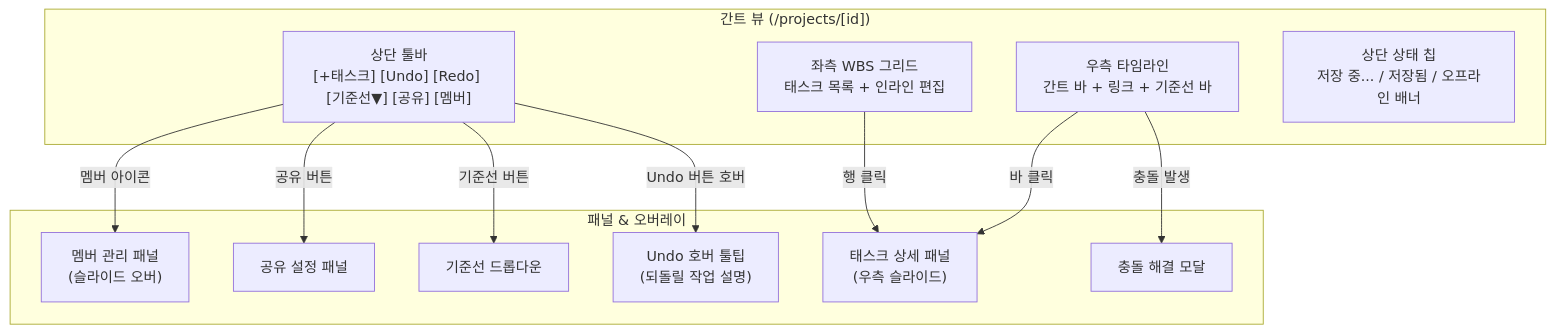
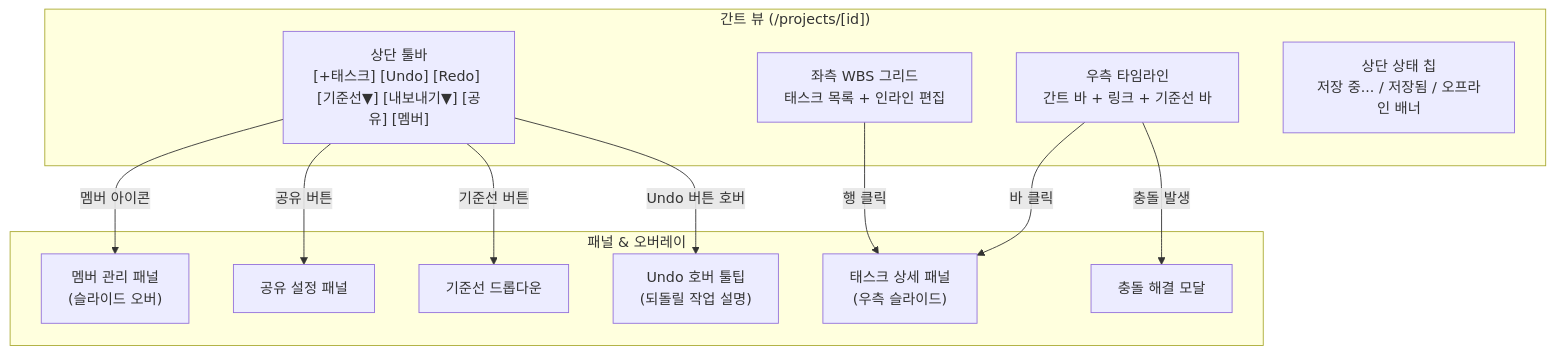
Diagram 13 of 13 in docs/02-설계/01-UX-설계/01-화면흐름도.md (seengood/zero-pm), drawn with Mermaid before and after one commit. The commit also changed other lines of this file and 2 other files, not shown here.

First line of the commit message:
docs(ux): 화면흐름도 Flow 10·11 추가 및 참조 링크 정합성 보정

````diff
--- a/docs/02-설계/01-UX-설계/01-화면흐름도.md
+++ b/docs/02-설계/01-UX-설계/01-화면흐름도.md
@@ -226,26 +263,26 @@
 ```mermaid
 graph TD
     subgraph GanttView["간트 뷰 (/projects/[id])"]
-        Toolbar["상단 툴바\n[+태스크] [Undo] [Redo] [기준선▼] [공유] [멤버]"]
+        Toolbar["상단 툴바\n[+태스크] [Undo] [Redo] [기준선▼] [내보내기▼] [공유] [멤버]"]
         WBS["좌측 WBS 그리드\n태스크 목록 + 인라인 편집"]
         Timeline["우측 타임라인\n간트 바 + 링크 + 기준선 바"]
         StatusBar["상단 상태 칩\n저장 중... / 저장됨 / 오프라인 배너"]
     end
 
     subgraph Overlays["패널 & 오버레이"]
         TaskPanel["태스크 상세 패널\n(우측 슬라이드)"]
         MemberPanel["멤버 관리 패널\n(슬라이드 오버)"]
         SharePanel["공유 설정 패널"]
         BaselineDD["기준선 드롭다운"]
         ConflictModal["충돌 해결 모달"]
         UndoTooltip["Undo 호버 툴팁\n(되돌릴 작업 설명)"]
     end
 
     WBS -->|행 클릭| TaskPanel
     Timeline -->|바 클릭| TaskPanel
     Toolbar -->|멤버 아이콘| MemberPanel
     Toolbar -->|공유 버튼| SharePanel
     Toolbar -->|기준선 버튼| BaselineDD
     Toolbar -->|Undo 버튼 호버| UndoTooltip
     Timeline -->|충돌 발생| ConflictModal
 ```
````
